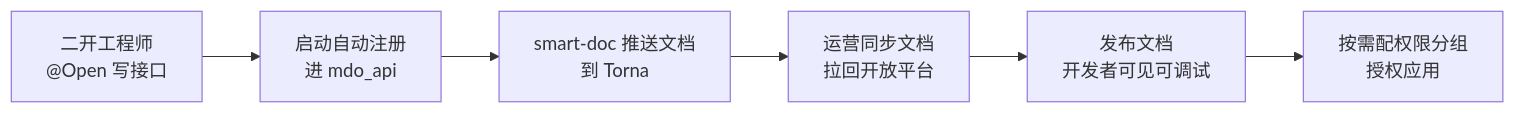
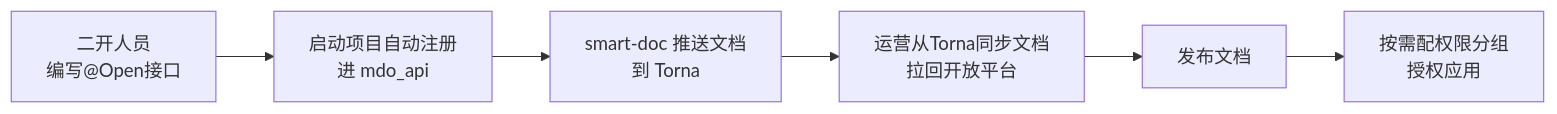
The second of 5 diagrams in src/doc/advanced/open/架构设计.md (henhen6/mdp-docs), drawn with Mermaid before and after one commit. The commit also changed other lines of this file and 15 other files, not shown here.

````diff
--- a/src/doc/advanced/open/架构设计.md
+++ b/src/doc/advanced/open/架构设计.md
@@ -37,8 +37,8 @@
 ```mermaid
 flowchart LR
-    A["二开工程师<br/>@Open 写接口"] --> B["启动自动注册<br/>进 mdo_api"]
+    A["二开人员<br/>编写@Open接口"] --> B["启动项目自动注册<br/>进 mdo_api"]
     B --> C["smart-doc 推送文档<br/>到 Torna"]
-    C --> D["运营同步文档<br/>拉回开放平台"]
-    D --> E["发布文档<br/>开发者可见可调试"]
+    C --> D["运营从Torna同步文档<br/>拉回开放平台"]
+    D --> E["发布文档"]
     E --> F["按需配权限分组<br/>授权应用"]
 ```
````
